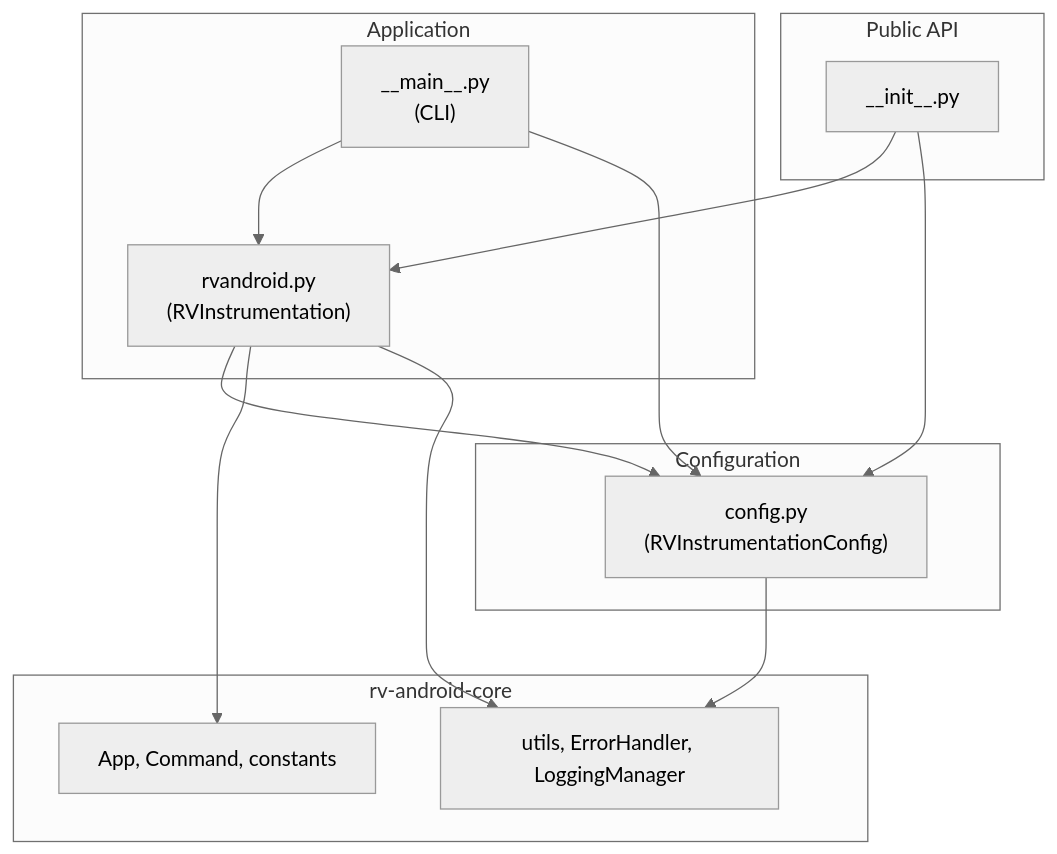
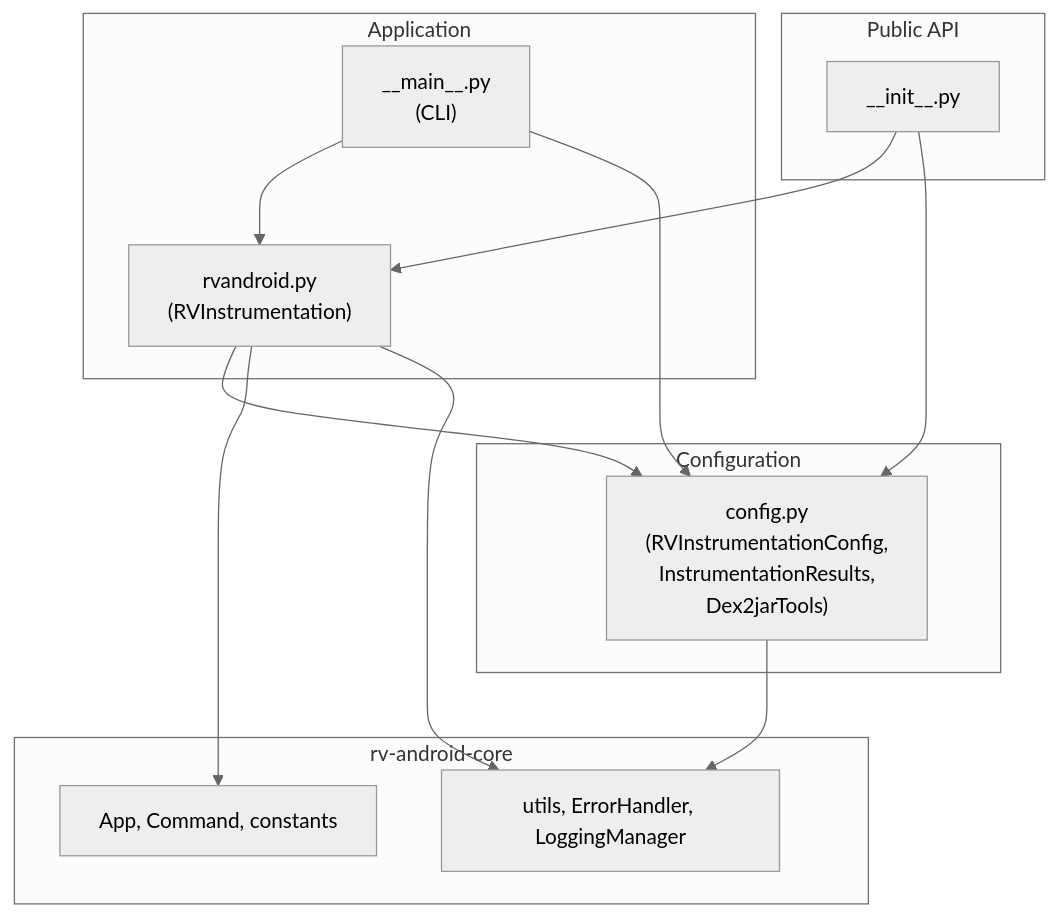
Before and after one commit to PAMunb/rvsec: the fifth of 8 diagrams in rv-android/modules/rv-instrumentation/docs/architecture.md, drawn with Mermaid. The commit also changed other lines of this file and 2547 other files, not shown here.

First line of the commit message:
docs(gh48): architecture docs revision, Java module docs, scripts lint, CLAUDE/README review (refs #48)

````diff
--- a/rv-android/modules/rv-instrumentation/docs/architecture.md
+++ b/rv-android/modules/rv-instrumentation/docs/architecture.md
@@ -195,27 +330,27 @@
 ```mermaid
 %%{init: {'theme': 'neutral'}}%%
 flowchart TB
     subgraph PublicAPI["Public API"]
         InitModule["__init__.py"]
     end
     subgraph Application["Application"]
         EngineModule["rvandroid.py<br/>(RVInstrumentation)"]
         CLIModule["__main__.py<br/>(CLI)"]
     end
     subgraph Configuration["Configuration"]
-        ConfigModule["config.py<br/>(RVInstrumentationConfig)"]
+        ConfigModule["config.py<br/>(RVInstrumentationConfig,<br/>InstrumentationResults,<br/>Dex2jarTools)"]
     end
     subgraph Foundation["rv-android-core"]
         CoreModels["App, Command, constants"]
         CoreUtils["utils, ErrorHandler, LoggingManager"]
     end
 
     InitModule --> EngineModule
     InitModule --> ConfigModule
     CLIModule --> EngineModule
     CLIModule --> ConfigModule
     EngineModule --> ConfigModule
     EngineModule --> CoreModels
     EngineModule --> CoreUtils
     ConfigModule --> CoreUtils
 ```
````
